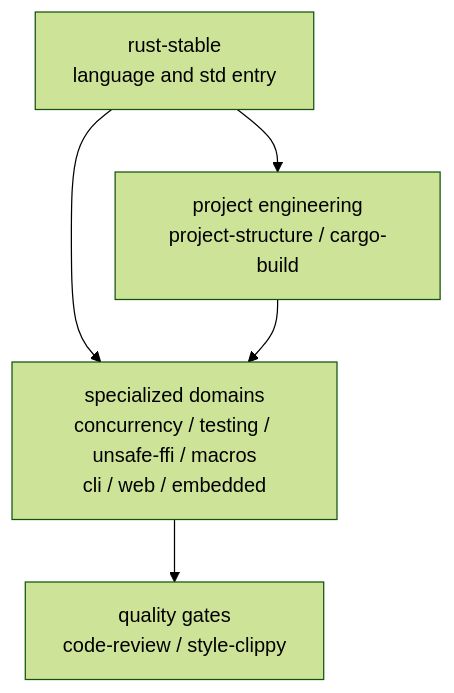
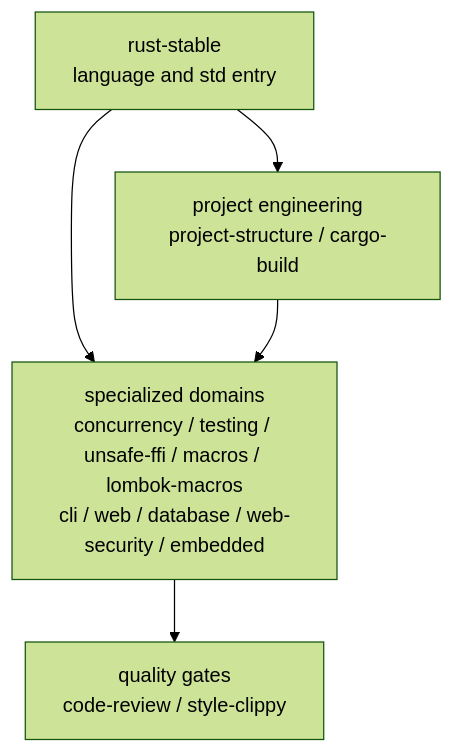
One commit to full-stack-skills/rust-skills changed the diagram in README.md. Above: the diagram before and after it, drawn with Mermaid (forest theme). The commit also changed other lines of this file and 93 other files, not shown here.

````diff
--- a/README.md
+++ b/README.md
@@ -35,12 +35,12 @@
 ```mermaid
 flowchart TB
     S["rust-stable<br/>language and std entry"]
     P["project engineering<br/>project-structure / cargo-build"]
-    D["specialized domains<br/>concurrency / testing / unsafe-ffi / macros<br/>cli / web / embedded"]
+    D["specialized domains<br/>concurrency / testing / unsafe-ffi / macros / lombok-macros<br/>cli / web / database / web-security / embedded"]
     Q["quality gates<br/>code-review / style-clippy"]
 
     S --> P
     S --> D
     P --> D
     D --> Q
 ```
````
